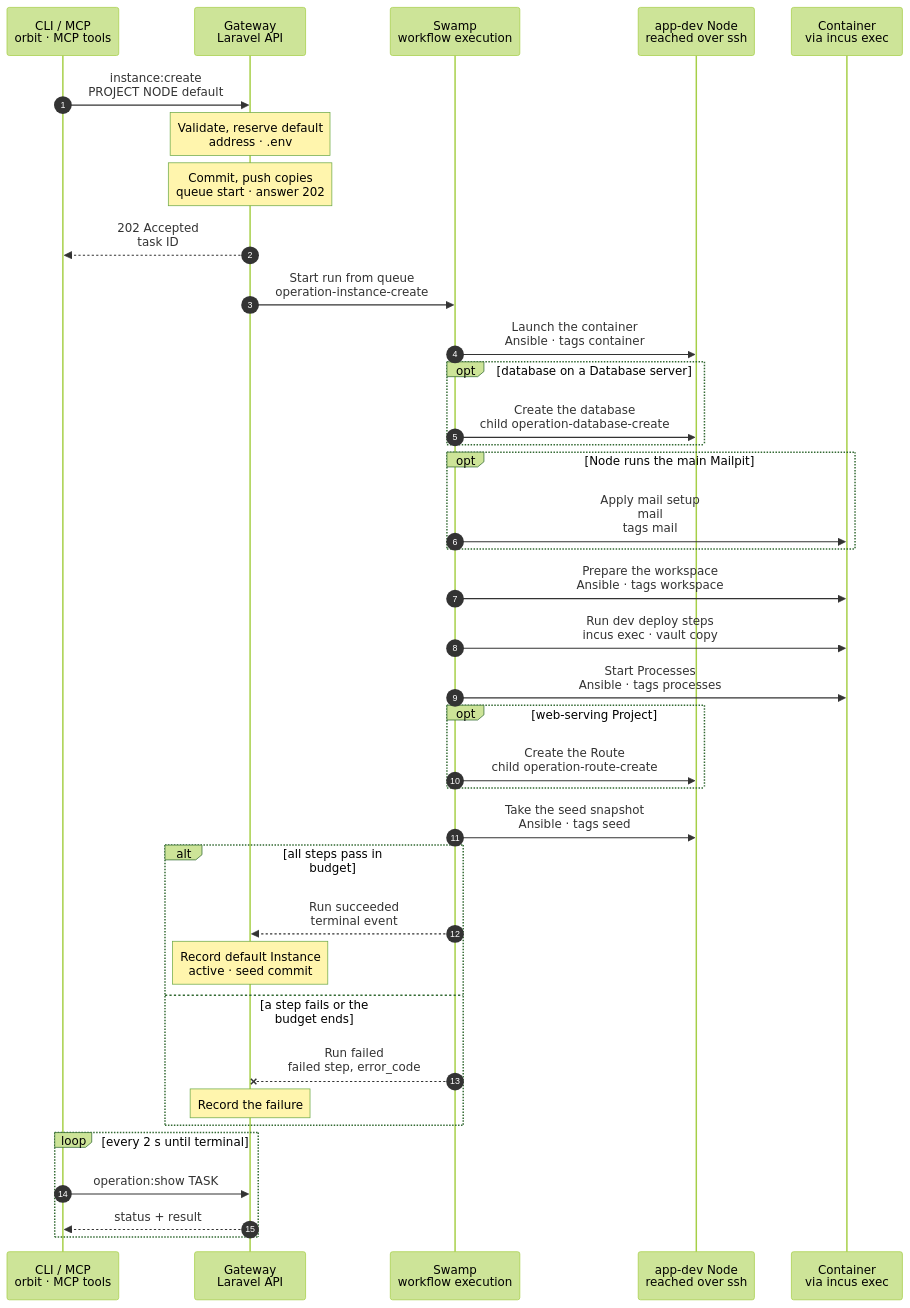
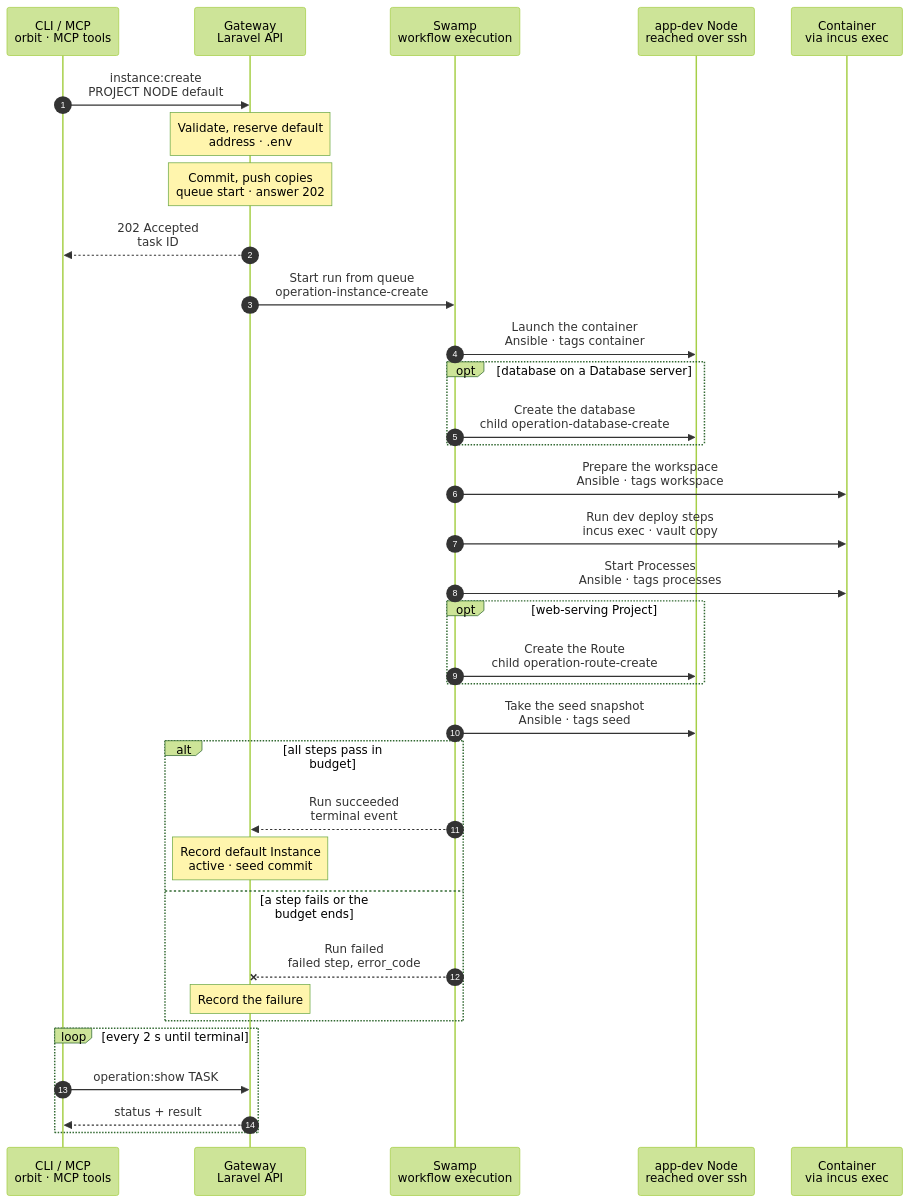
One commit to hardimpactdev/orbit changed the diagram in docs/cli/instance/container/create-default.mmd. Above: the diagram before and after it, drawn with Mermaid (forest theme). The commit also changed 21 other files, not shown here.

First line of the commit message:
Make development mail setup part of the fast container launch (#3450)

```diff
--- a/docs/cli/instance/container/create-default.mmd
+++ b/docs/cli/instance/container/create-default.mmd
@@ -1,86 +1,84 @@
 sequenceDiagram
   %% Target design, container runtime (ADR 0250 step 3, docs/reference/development-containers.md#the-default-instance): the Project's first default Instance on an app-dev Node, the only Instance built from scratch. It runs no T3; it is the clone source of the Project's other Instances. When the charts move into place, this becomes the first-default branch of container/create.mmd.
   %% status: draft
   %% command: instance:create PROJECT NODE default
   %% kind: instance.create
   autonumber
   %% lane CLI icon=terminal pill=caller tone=gray
   %% lane GW icon=gateway pill=intent tone=blue
   %% lane SW icon=workflow pill=executes tone=green
   %% lane N icon=server pill=target tone=amber
   %% lane C icon=server pill=target tone=purple
   participant CLI as CLI / MCP<br/>orbit · MCP tools
   participant GW as Gateway<br/>Laravel API
   participant SW as Swamp<br/>workflow execution
   participant N as app-dev Node<br/>reached over ssh
   participant C as Container<br/>via incus exec
   CLI->>GW: instance:create<br/>PROJECT NODE default
   %%> Command:
   %%> - `orbit instance:create PROJECT NODE default`
   %%> - a name equal to the Project's default branch also creates the `default` Instance
   Note over GW: Validate, reserve default<br/>address · .env
   %%> Requirements:
   %%> - the calling Node has node access to the target Node, an active `app-dev` Node
   %%> - the Project has no default Instance anywhere in the fleet; its other Instances are made on this Node
   %%> - a web-serving Project names its PHP version, and the runtime folder holds that static PHP build
   %%> Result:
   %%> - the default Instance is reserved with its runtime record and Route; it gets no T3 port
   %%> - `.env` is rendered from the Project's env template; a repository read token goes to the vault
   Note over GW: Commit, push copies<br/>queue start · answer 202
   GW-->>CLI: 202 Accepted<br/>task ID
   GW->>SW: Start run from queue<br/>operation-instance-create
   SW->>N: Launch the container<br/>Ansible · tags container
   %%> What it does:
   %%> - `incus init` from the Node's image `orbit-instance` with the reserved bridge address, then `incus start`; the project's profile gives `security.port_isolation` and the idmapped, read-only shared folders
   %%> - the NIC carries `orbitinst0-proxy` and the container's own ACL, which lets only the Node's Caddy reach port 8080; `orbitinst0-egress` stays on the bridge only
   %%> - the agent folder is mounted too, so its clones have it; nothing in the default runs from it
   %%> - fetches the default branch into the Node's mirror with the read token; the token stays on the Node
+  %%> Mail:
+  %%> - the same launch applies the exact SMTP path before the four root-owned mail units; no separate mail playbook or step
+  %%> - two IPv4 loopback sockets forward 1025 and 2525; foreign units or listeners skip setup without stopping their Process
+  %%> On mail failure:
+  %%> - keep a mail warning and continue workspace, T3 and registration; mail:update remains the repair command
   opt database on a Database server
     SW->>N: Create the database<br/>child operation-database-create
     %%> What it does:
     %%> - the database family creates the owner and the database on the Project's database server, on this Node or another
     %%> - needs the container's database rule; without it the admission refuses `operation.kind_unavailable`
-  end
-  opt Node runs the main Mailpit
-    SW->>C: Apply mail setup<br/>mail<br/>tags mail
-    %%> Why:
-    %%> - the exact own-ACL SMTP rule and additive bridge endpoint reach Mailpit without a Node converge
-    %%> When:
-    %%> - two IPv4 loopback sockets forward 1025 and 2525; a foreign listener skips setup without stopping its Process
   end
   SW->>C: Prepare the workspace<br/>Ansible · tags workspace
   %%> What it does:
   %%> - pushes the default branch in as a bundle and checks it out in `/srv/workspace` as `orbit`, with the group, setgid bits and default ACLs
   %%> - writes `.env` for `orbit` with group `work`; writes no `/etc/orbit/instance`, so T3 never starts here
   SW->>C: Run dev deploy steps<br/>incus exec · vault copy
   %%> What it does:
   %%> - the Project's development deploy steps, as `orbit`, in list order: they install dependencies and migrate
   %%> - the runtime folder supplies `php`, `composer`, Node and Bun; dependency downloads use the container egress model
   SW->>C: Start Processes<br/>Ansible · tags processes
   %%> What it does:
   %%> - FrankenPHP starts as the `orbit` unit `orbit-frankenphp.service` on port 8080 of the bridge address
   %%> - writes the shared FrankenPHP Caddyfile: only the Node's bridge peer with `X-Forwarded-Proto: https` sets PHP's HTTPS scheme, port and resolved client IP; other requests keep native values
   %%> - starts use nonblocking systemd jobs, then a bounded readiness check for each running unit; container Process units order after `network.target`
   %%> - the Project's development Processes start as `orbit-process-<id>-<name>.service` units, as `orbit`; each environment file comes from the vault, root only
   %%> - a Process whose desired state is stopped is installed, not started
   opt web-serving Project
     SW->>N: Create the Route<br/>child operation-route-create
   end
   SW->>N: Take the seed snapshot<br/>Ansible · tags seed
   %%> What it does:
   %%> - stops the Processes for a moment and snapshots the container as `seed-<commit>`, which clones copy
   alt all steps pass in budget
     SW-->>GW: Run succeeded<br/>terminal event
     Note over GW: Record default Instance<br/>active · seed commit
     %%> Result:
     %%> - the default Instance is active and its container runs; the runtime records the seed commit
   else a step fails or the budget ends
     SW--xGW: Run failed<br/>failed step, error_code
     %%> What stays:
     %%> - the stopped container with its workspace, marked failed; the same command resumes it
     Note over GW: Record the failure
   end
   loop every 2 s until terminal
     CLI->>GW: operation:show TASK
     GW-->>CLI: status + result
   end
```
